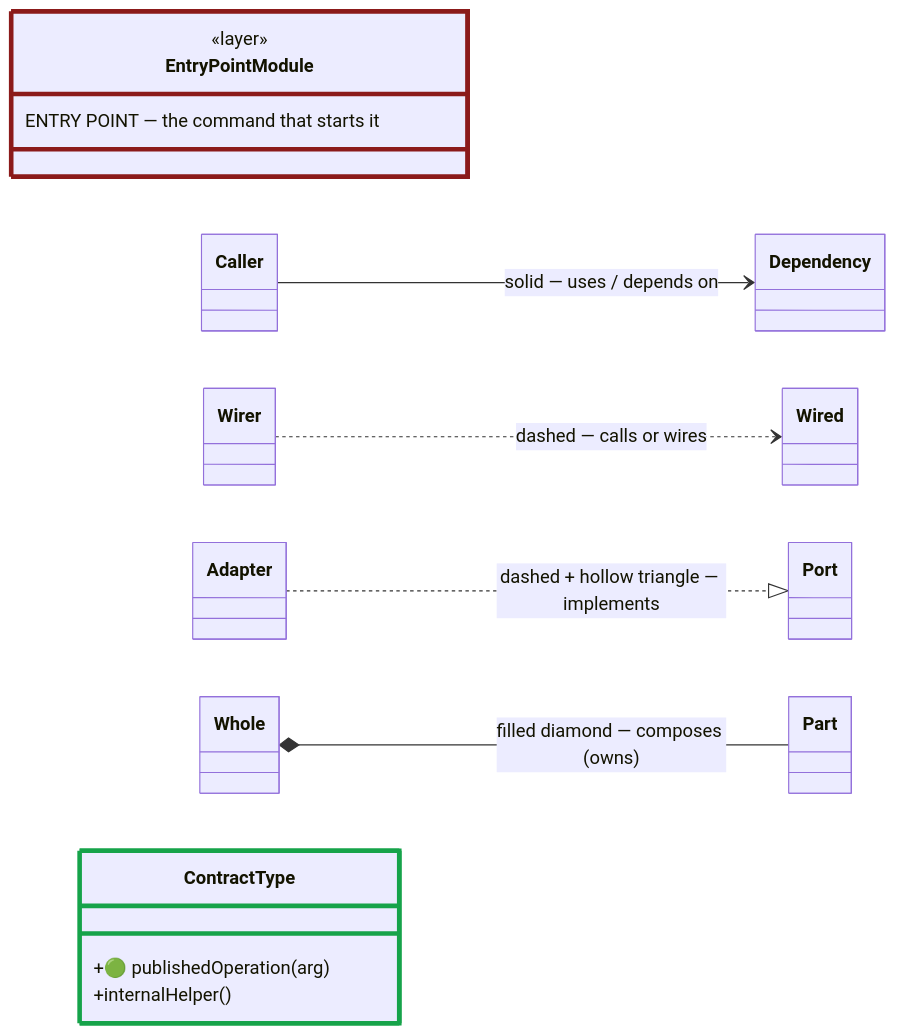
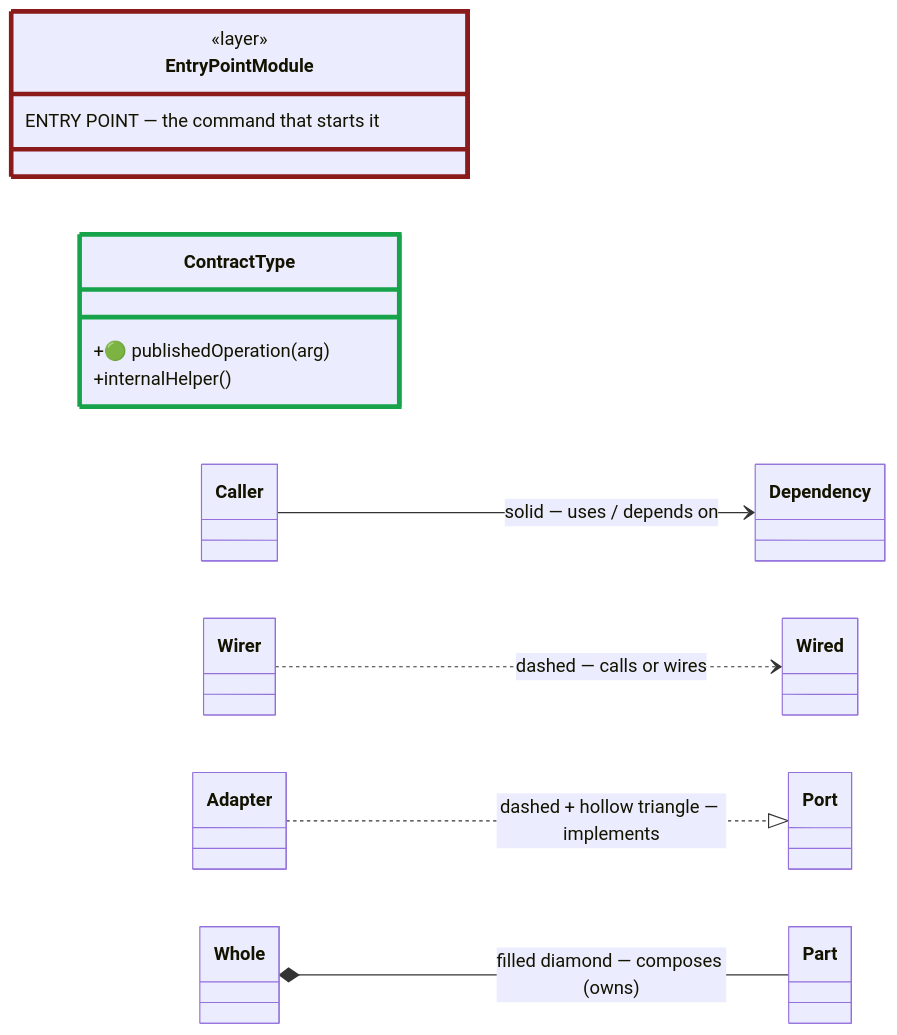
Before and after one commit to SzatanKluska/MCPSWEBOK: diagram 19 of 19 in docs/architecture/system-class-diagram.md, drawn with Mermaid. The commit also changed other lines of this file and 6 other files, not shown here.

````diff
--- a/docs/architecture/system-class-diagram.md
+++ b/docs/architecture/system-class-diagram.md
@@ -895,28 +915,28 @@
 ```mermaid
 classDiagram
   direction LR
 
   class EntryPointModule { <<layer>>
     ENTRY POINT — the command that starts it
+  }
+  class ContractType {
+    +🟢 publishedOperation(arg)
+    +internalHelper()
   }
   class Caller
   class Dependency
   class Wirer
   class Wired
   class Adapter
   class Port
   class Whole
   class Part
-  class ContractType {
-    +🟢 publishedOperation(arg)
-    +internalHelper()
-  }
 
   Caller --> Dependency : solid — uses / depends on
   Wirer ..> Wired : dashed — calls or wires
   Adapter ..|> Port : dashed + hollow triangle — implements
   Whole *-- Part : filled diamond — composes (owns)
 
   style EntryPointModule stroke:#8B1A1A,stroke-width:4px
   style ContractType stroke:#16A34A,stroke-width:4px
 ```
````
